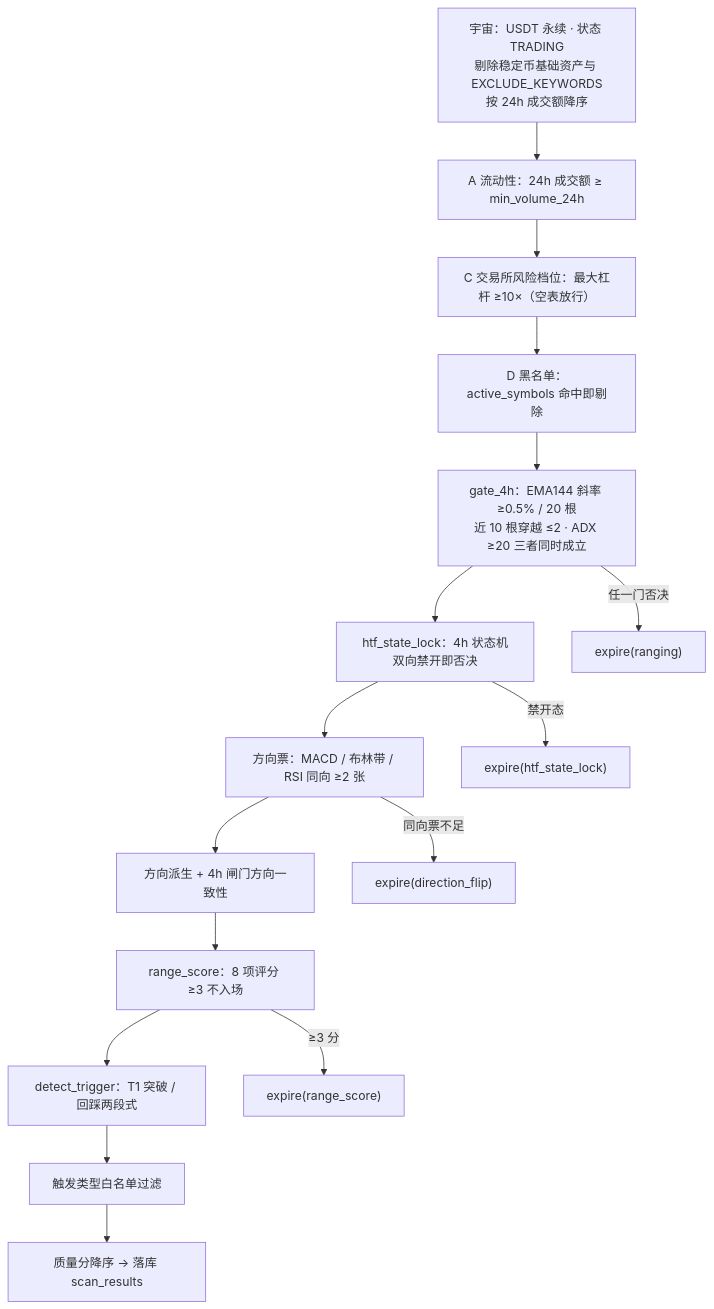
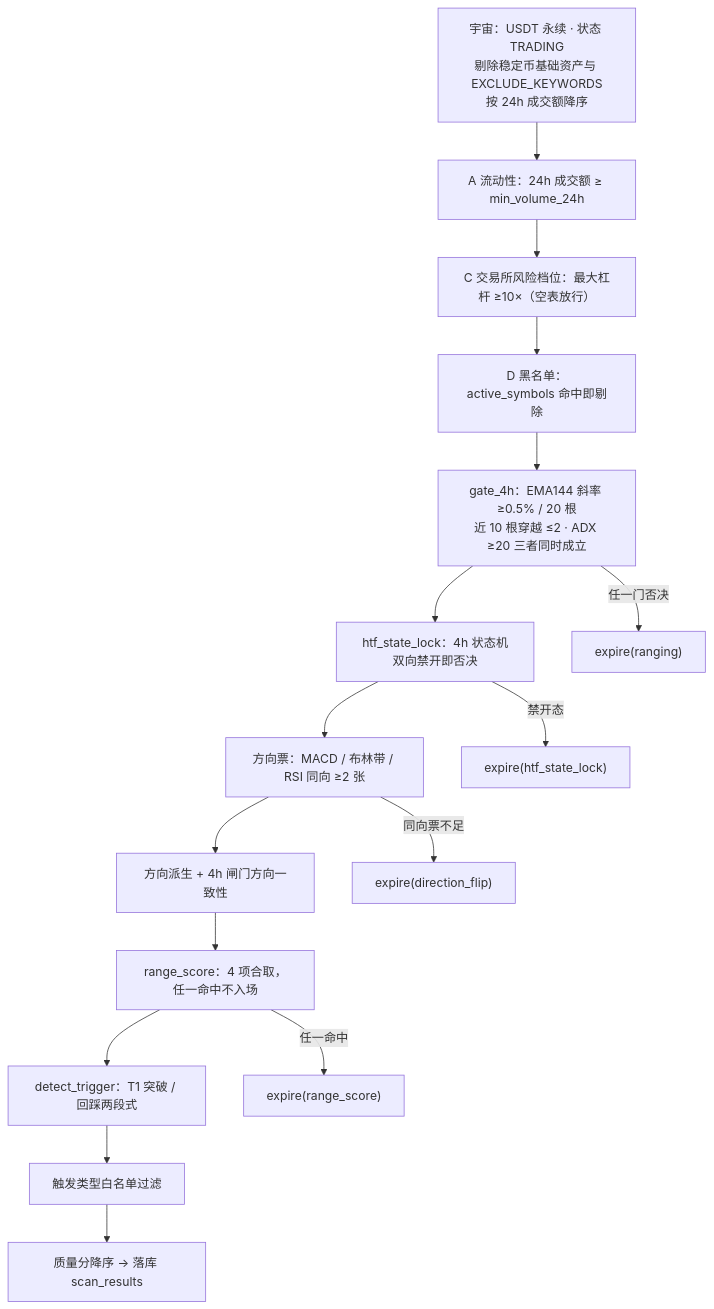
One commit to wwei-github/trading-workbench changed the fourth of 5 diagrams in docs/扫描与筛选/技术实现/01-币种筛选与扫描.md. Above: the diagram before and after it, drawn with Mermaid. The commit also changed other lines of this file and 13 other files, not shown here.

````diff
--- a/docs/扫描与筛选/技术实现/01-币种筛选与扫描.md
+++ b/docs/扫描与筛选/技术实现/01-币种筛选与扫描.md
@@ -130,18 +130,18 @@
 ```mermaid
 flowchart TD
     S0["宇宙：USDT 永续 · 状态 TRADING<br/>剔除稳定币基础资产与 EXCLUDE_KEYWORDS<br/>按 24h 成交额降序"] --> S1["A 流动性：24h 成交额 ≥ min_volume_24h"]
     S1 --> S2["C 交易所风险档位：最大杠杆 ≥10×（空表放行）"]
     S2 --> S3["D 黑名单：active_symbols 命中即剔除"]
     S3 --> S4["gate_4h：EMA144 斜率 ≥0.5% / 20 根<br/>近 10 根穿越 ≤2 · ADX ≥20 三者同时成立"]
     S4 --> S5["htf_state_lock：4h 状态机双向禁开即否决"]
     S5 --> S6["方向票：MACD / 布林带 / RSI 同向 ≥2 张"]
     S6 --> S7["方向派生 + 4h 闸门方向一致性"]
-    S7 --> S8["range_score：8 项评分 ≥3 不入场"]
+    S7 --> S8["range_score：4 项合取，任一命中不入场"]
     S8 --> S9["detect_trigger：T1 突破 / 回踩两段式"]
     S9 --> S10["触发类型白名单过滤"]
     S10 --> S11["质量分降序 → 落库 scan_results"]
     S4 -->|"任一门否决"| X1["expire(ranging)"]
     S5 -->|"禁开态"| X2["expire(htf_state_lock)"]
     S6 -->|"同向票不足"| X3["expire(direction_flip)"]
-    S8 -->|"≥3 分"| X4["expire(range_score)"]
+    S8 -->|"任一命中"| X4["expire(range_score)"]
 ```
````
